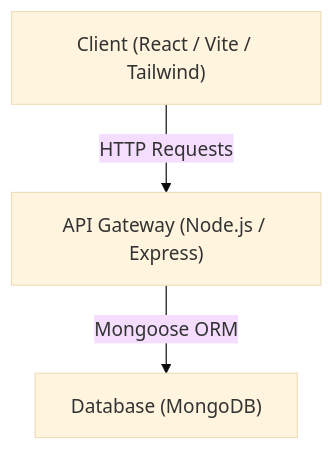
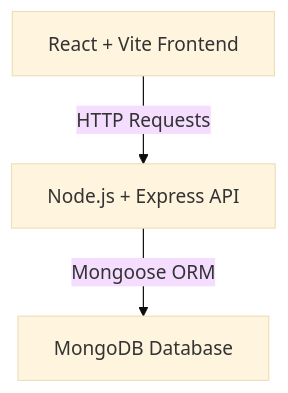
One commit to Prathmesh-ally/ONGC-Nexus changed the first of 2 diagrams in README.md. Above: the diagram before and after it, drawn with Mermaid (base theme). The commit also changed other lines of this file, not shown here.

````diff
--- a/README.md
+++ b/README.md
@@ -15,5 +49,5 @@
 ```mermaid
 graph TD
-    Client["Client (React / Vite / Tailwind)"] -->|HTTP Requests| API["API Gateway (Node.js / Express)"]
-    API -->|Mongoose ORM| DB["Database (MongoDB)"]
+    Client["React + Vite Frontend"] -->|HTTP Requests| API["Node.js + Express API"]
+    API -->|Mongoose ORM| DB["MongoDB Database"]
 ```
````
